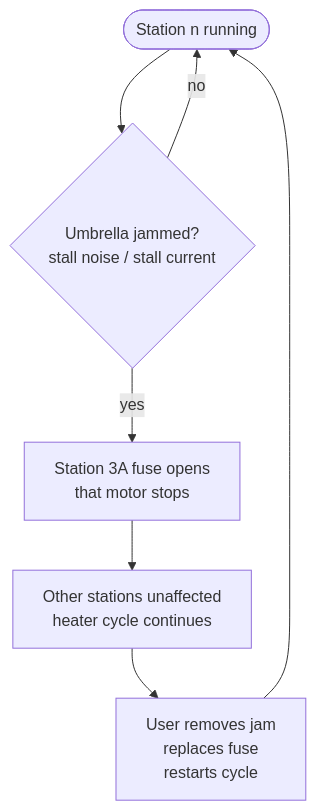
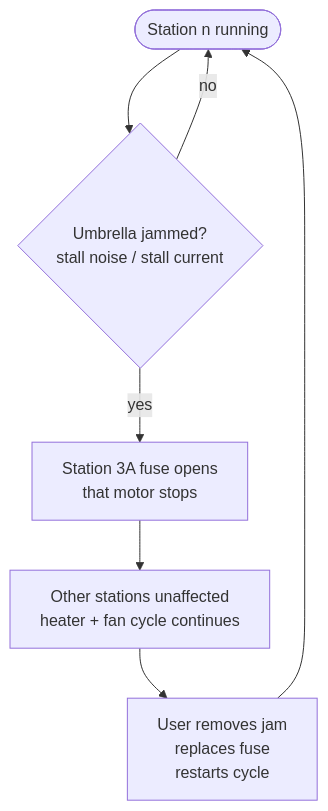
The third of 4 diagrams in docs/FLOWCHART.md (qppd/umbrella-dryer-v2), drawn with Mermaid before and after one commit. The commit also changed other lines of this file and 14 other files, not shown here.

````diff
--- a/docs/FLOWCHART.md
+++ b/docs/FLOWCHART.md
@@ -56,9 +68,9 @@
 ```mermaid
 flowchart TD
     RUN([Station n running]) --> JAM{Umbrella jammed?<br/>stall noise / stall current}
     JAM -- yes --> FUSE[Station 3A fuse opens<br/>that motor stops]
-    FUSE --> ISO[Other stations unaffected<br/>heater cycle continues]
+    FUSE --> ISO[Other stations unaffected<br/>heater + fan cycle continues]
     ISO --> USER[User removes jam<br/>replaces fuse<br/>restarts cycle]
     USER --> RUN
     JAM -- no --> RUN
 ```
````
